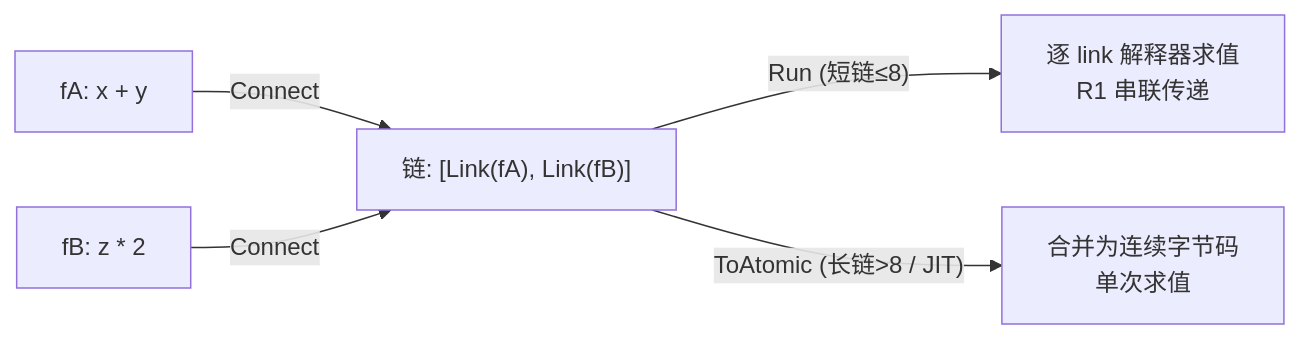
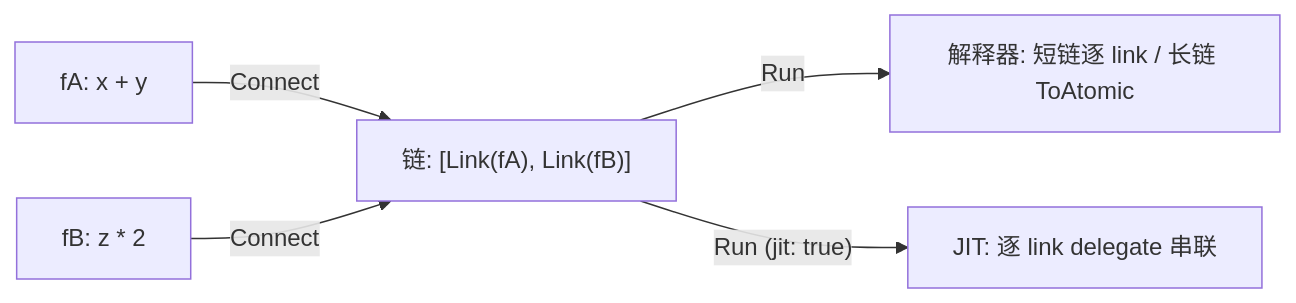
One commit to twds0x13/FluxFormula changed the second of 2 diagrams in docs/guide/core-concepts.md. Above: the diagram before and after it, drawn with Mermaid. The commit also changed other lines of this file and 22 other files, not shown here.

````diff
--- a/docs/guide/core-concepts.md
+++ b/docs/guide/core-concepts.md
@@ -121,7 +121,7 @@
 ```mermaid
 graph LR
     A["fA: x + y"] -->|Connect| C["链: [Link(fA), Link(fB)]"]
     B["fB: z * 2"] -->|Connect| C
-    C -->|"Run (短链≤8)"| D["逐 link 解释器求值<br/>R1 串联传递"]
-    C -->|"ToAtomic (长链>8 / JIT)"| E["合并为连续字节码<br/>单次求值"]
+    C -->|"Run"| D["解释器: 短链逐 link / 长链 ToAtomic"]
+    C -->|"Run (jit: true)"| E["JIT: 逐 link delegate 串联"]
 ```
````
